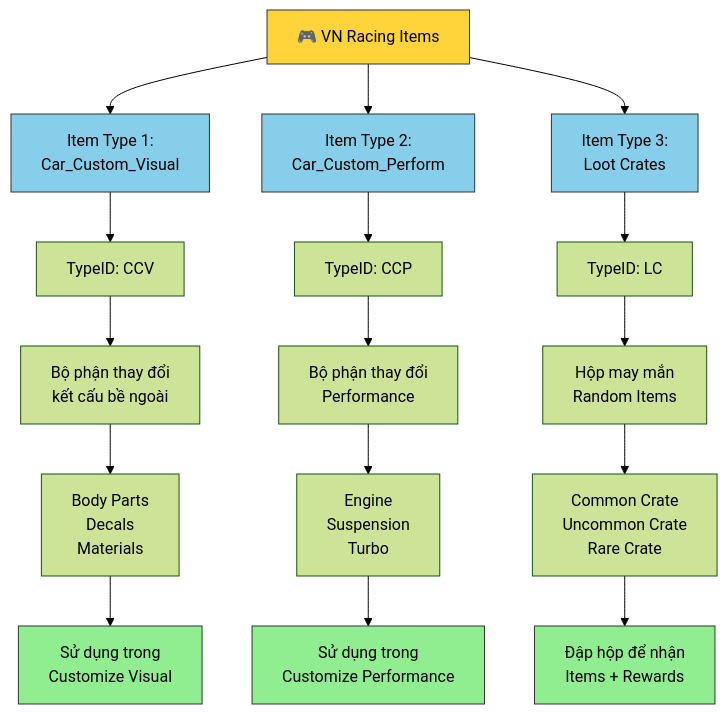
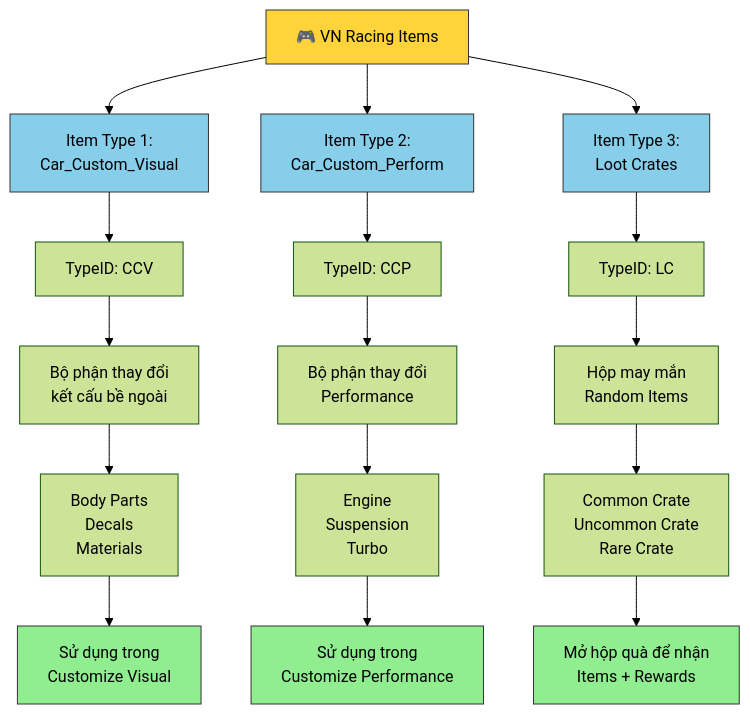
Before and after one commit to Click-Game-Studio/VNRacing: the second of 9 diagrams in Docs/features/profiles-inventory/requirements/Items_V5.md, drawn with Mermaid (forest theme). The commit also changed 91 other files, not shown here.

````diff
--- a/Docs/features/profiles-inventory/requirements/Items_V5.md
+++ b/Docs/features/profiles-inventory/requirements/Items_V5.md
@@ -105,29 +105,29 @@
 ```mermaid
 graph TB
     A["🎮 VN Racing Items"] --> B["Item Type 1:<br/>Car_Custom_Visual"]
     A --> C["Item Type 2:<br/>Car_Custom_Perform"]
     A --> D["Item Type 3:<br/>Loot Crates"]
     
     B --> B1["TypeID: CCV"]
     B1 --> B2["Bộ phận thay đổi<br/>kết cấu bề ngoài"]
     B2 --> B3["Body Parts<br/>Decals<br/>Materials"]
     B3 --> B4["Sử dụng trong<br/>Customize Visual"]
     
     C --> C1["TypeID: CCP"]
     C1 --> C2["Bộ phận thay đổi<br/>Performance"]
     C2 --> C3["Engine<br/>Suspension<br/>Turbo"]
     C3 --> C4["Sử dụng trong<br/>Customize Performance"]
     
     D --> D1["TypeID: LC"]
     D1 --> D2["Hộp may mắn<br/>Random Items"]
     D2 --> D3["Common Crate<br/>Uncommon Crate<br/>Rare Crate"]
-    D3 --> D4["Đập hộp để nhận<br/>Items + Rewards"]
+    D3 --> D4["Mở hộp quà để nhận<br/>Items + Rewards"]
     
     style A fill:#ffd43b,stroke:#333
     style B fill:#87ceeb,stroke:#333
     style C fill:#87ceeb,stroke:#333
     style D fill:#87ceeb,stroke:#333
     style B4 fill:#90ee90,stroke:#333
     style C4 fill:#90ee90,stroke:#333
     style D4 fill:#90ee90,stroke:#333
 ```
````
